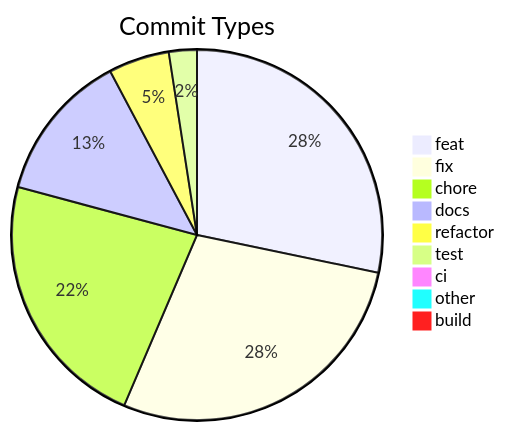
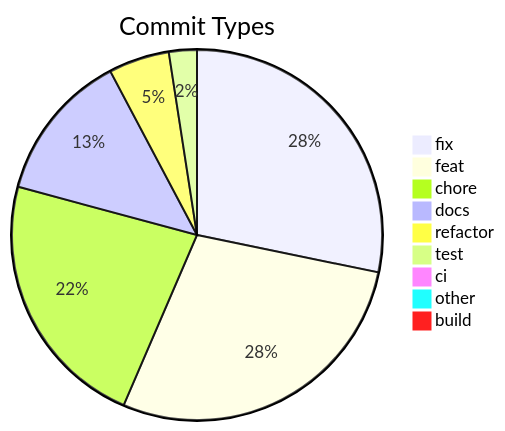
One commit to svenroth-ai/shipwright changed the diagram in .shipwright/compliance/change-history.md. Above: the diagram before and after it, drawn with Mermaid. The commit also changed other lines of this file and 22 other files, not shown here.

````diff
--- a/.shipwright/compliance/change-history.md
+++ b/.shipwright/compliance/change-history.md
@@ -8,12 +8,12 @@
 ```mermaid
 pie title Commit Types
+    "fix" : 266
     "feat" : 266
-    "fix" : 265
     "chore" : 214
     "docs" : 123
     "refactor" : 50
     "test" : 23
     "ci" : 7
     "other" : 7
     "build" : 1
 ```
````
